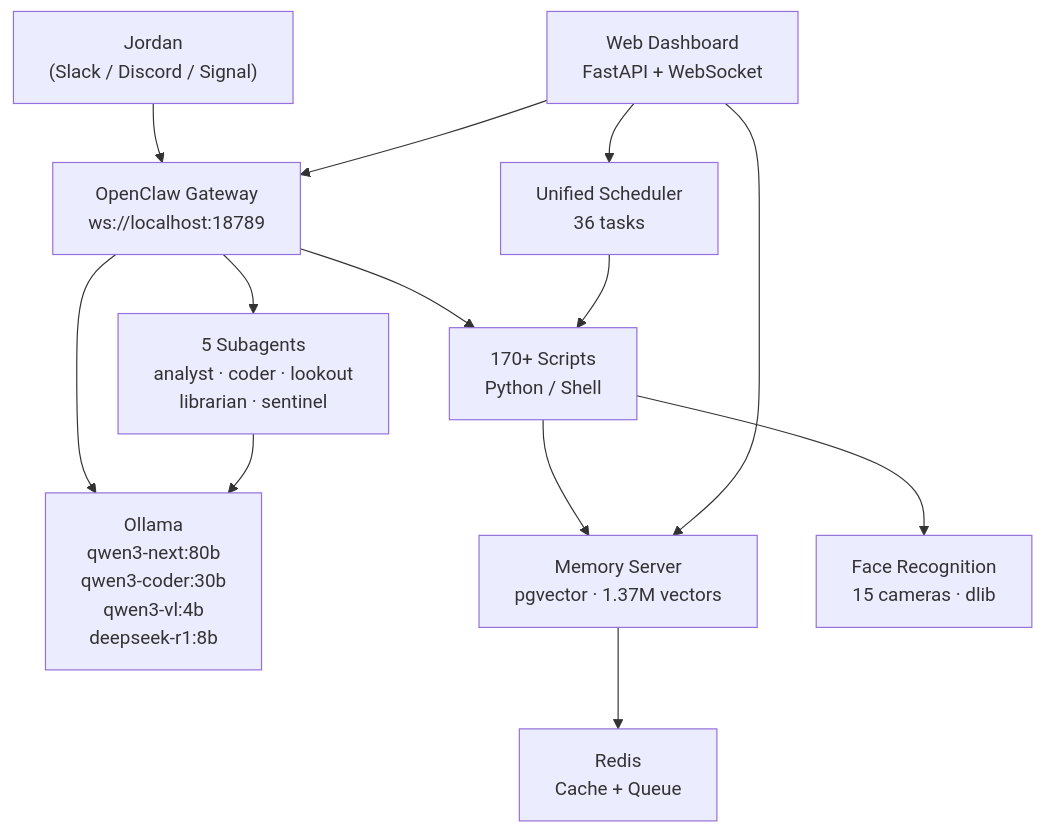
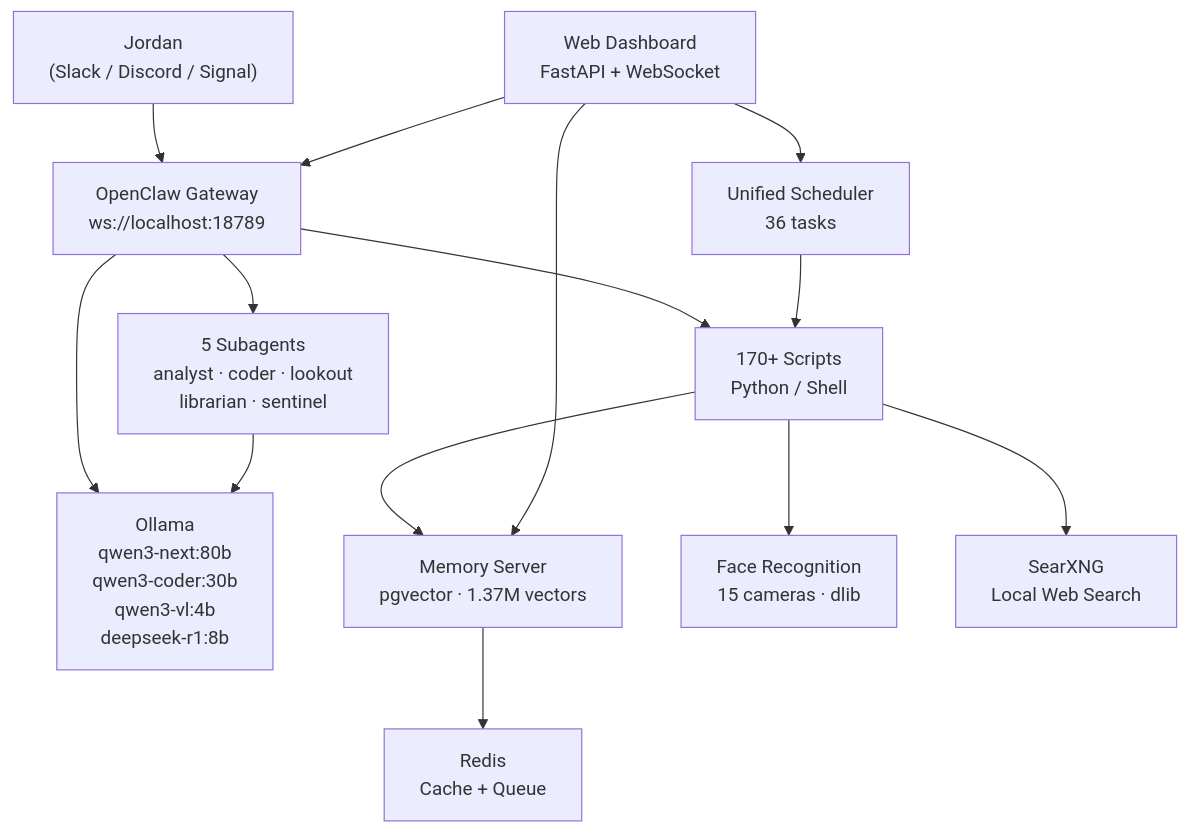
One commit to kochj23/nova changed the diagram in README.md. Above: the diagram before and after it, drawn with Mermaid. The commit also changed other lines of this file, not shown here.

Commit message:
docs(readme): Add SearXNG to architecture diagram and feature descriptions

````diff
--- a/README.md
+++ b/README.md
@@ -31,26 +31,28 @@
 ```mermaid
 graph TD
     Jordan["Jordan<br/>(Slack / Discord / Signal)"]
     GW["OpenClaw Gateway<br/>ws://localhost:18789"]
     Ollama["Ollama<br/>qwen3-next:80b<br/>qwen3-coder:30b<br/>qwen3-vl:4b<br/>deepseek-r1:8b"]
     Scheduler["Unified Scheduler<br/>36 tasks"]
     MemServer["Memory Server<br/>pgvector · 1.37M vectors"]
     FaceRec["Face Recognition<br/>15 cameras · dlib"]
     Dashboard["Web Dashboard<br/>FastAPI + WebSocket"]
     Scripts["170+ Scripts<br/>Python / Shell"]
+    SearXNG["SearXNG<br/>Local Web Search"]
     Redis["Redis<br/>Cache + Queue"]
     Subagents["5 Subagents<br/>analyst · coder · lookout<br/>librarian · sentinel"]
 
     Jordan --> GW
     GW --> Ollama
     GW --> Scripts
     Scheduler --> Scripts
     Scripts --> MemServer
     Scripts --> FaceRec
     MemServer --> Redis
     GW --> Subagents
     Subagents --> Ollama
+    Scripts --> SearXNG
     Dashboard --> GW
     Dashboard --> MemServer
     Dashboard --> Scheduler
 ```
````
